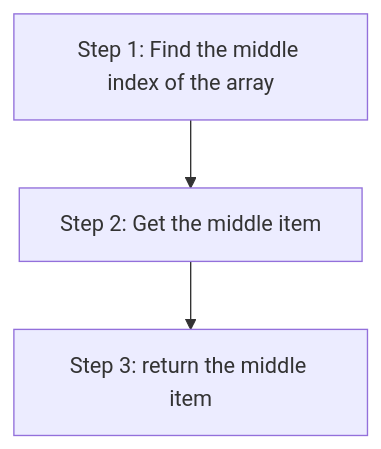
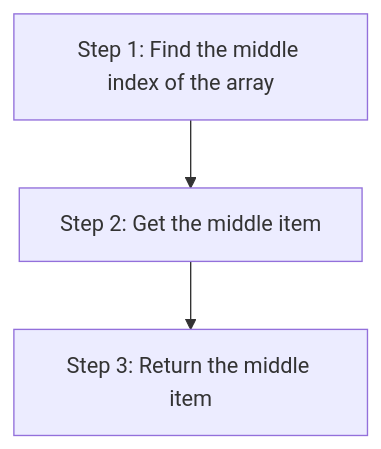
One commit to CodeYourFuture/curriculum changed the diagram in content/js2/blocks/median/index.md. Above: the diagram before and after it, drawn with Mermaid. The commit also changed other lines of this file and 9 other files, not shown here.

````diff
--- a/content/js2/blocks/median/index.md
+++ b/content/js2/blocks/median/index.md
@@ -39,5 +39,5 @@
 ```mermaid
 flowchart TD
     A[Step 1: Find the middle index of the array] --> B[Step 2: Get the middle item]
-    B --> C[Step 3: return the middle item]
+    B --> C[Step 3: Return the middle item]
 ```
````
